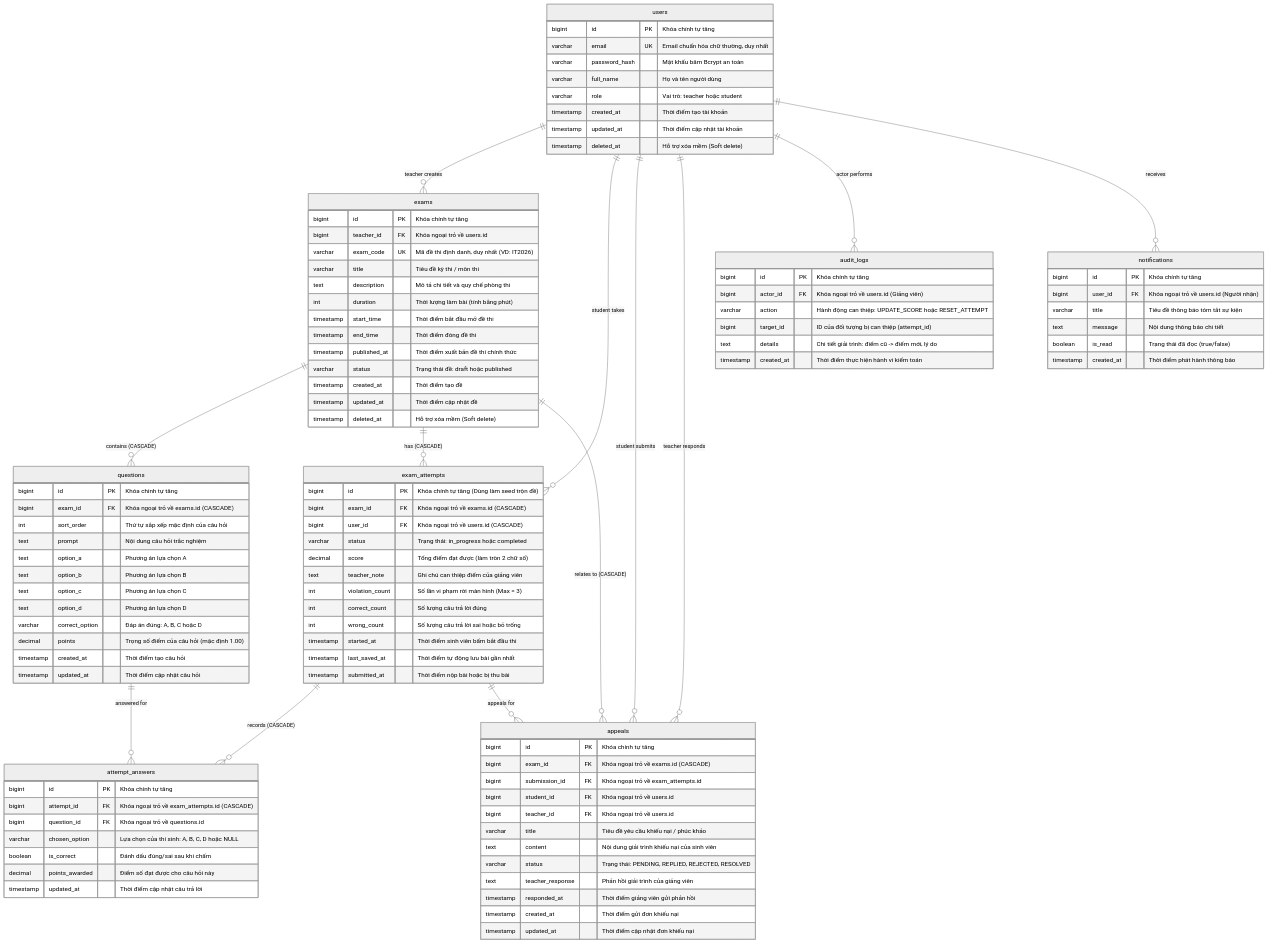
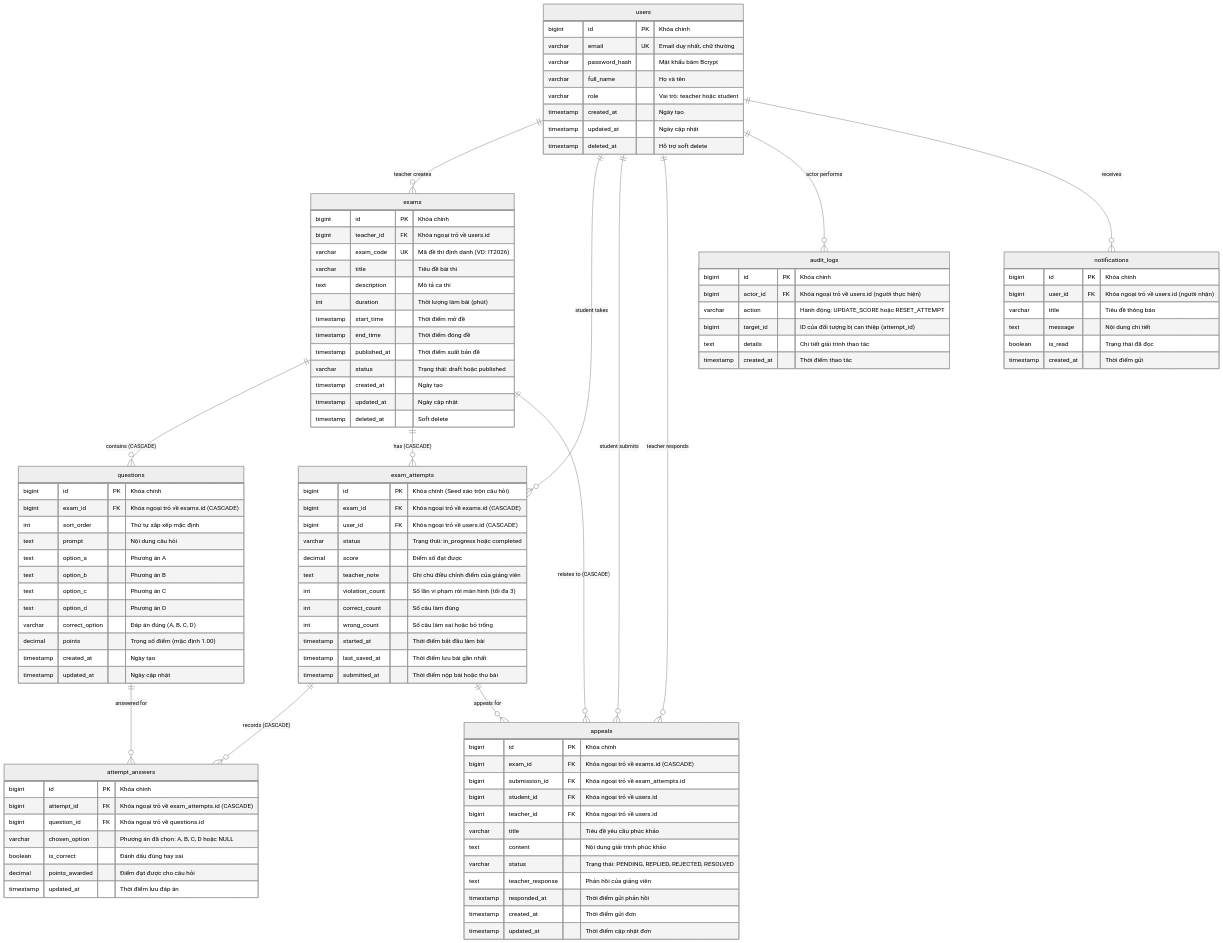
The first of 8 diagrams in ARCHITECTURE_AND_REPORT.md (NguenDung/exam-system-mvp), drawn with Mermaid (neutral theme) before and after one commit. The commit also changed other lines of this file and 22 other files, not shown here.

````diff
--- a/ARCHITECTURE_AND_REPORT.md
+++ b/ARCHITECTURE_AND_REPORT.md
@@ -93,102 +93,102 @@
     questions ||--o{ attempt_answers : "answered for"
 
     users {
-        bigint id PK "Khóa chính tự tăng"
-        varchar email UK "Email chuẩn hóa chữ thường, duy nhất"
-        varchar password_hash "Mật khẩu băm Bcrypt an toàn"
-        varchar full_name "Họ và tên người dùng"
+        bigint id PK "Khóa chính"
+        varchar email UK "Email duy nhất, chữ thường"
+        varchar password_hash "Mật khẩu băm Bcrypt"
+        varchar full_name "Họ và tên"
         varchar role "Vai trò: teacher hoặc student"
-        timestamp created_at "Thời điểm tạo tài khoản"
-        timestamp updated_at "Thời điểm cập nhật tài khoản"
-        timestamp deleted_at "Hỗ trợ xóa mềm (Soft delete)"
+        timestamp created_at "Ngày tạo"
+        timestamp updated_at "Ngày cập nhật"
+        timestamp deleted_at "Hỗ trợ soft delete"
     }
 
     exams {
-        bigint id PK "Khóa chính tự tăng"
+        bigint id PK "Khóa chính"
         bigint teacher_id FK "Khóa ngoại trỏ về users.id"
-        varchar exam_code UK "Mã đề thi định danh, duy nhất (VD: IT2026)"
-        varchar title "Tiêu đề kỳ thi / môn thi"
-        text description "Mô tả chi tiết và quy chế phòng thi"
-        int duration "Thời lượng làm bài (tính bằng phút)"
-        timestamp start_time "Thời điểm bắt đầu mở đề thi"
-        timestamp end_time "Thời điểm đóng đề thi"
-        timestamp published_at "Thời điểm xuất bản đề thi chính thức"
-        varchar status "Trạng thái đề: draft hoặc published"
-        timestamp created_at "Thời điểm tạo đề"
-        timestamp updated_at "Thời điểm cập nhật đề"
-        timestamp deleted_at "Hỗ trợ xóa mềm (Soft delete)"
+        varchar exam_code UK "Mã đề thi định danh (VD: IT2026)"
+        varchar title "Tiêu đề bài thi"
+        text description "Mô tả ca thi"
+        int duration "Thời lượng làm bài (phút)"
+        timestamp start_time "Thời điểm mở đề"
+        timestamp end_time "Thời điểm đóng đề"
+        timestamp published_at "Thời điểm xuất bản đề"
+        varchar status "Trạng thái: draft hoặc published"
+        timestamp created_at "Ngày tạo"
+        timestamp updated_at "Ngày cập nhật"
+        timestamp deleted_at "Soft delete"
     }
 
     questions {
-        bigint id PK "Khóa chính tự tăng"
+        bigint id PK "Khóa chính"
         bigint exam_id FK "Khóa ngoại trỏ về exams.id (CASCADE)"
-        int sort_order "Thứ tự sắp xếp mặc định của câu hỏi"
-        text prompt "Nội dung câu hỏi trắc nghiệm"
-        text option_a "Phương án lựa chọn A"
-        text option_b "Phương án lựa chọn B"
-        text option_c "Phương án lựa chọn C"
-        text option_d "Phương án lựa chọn D"
-        varchar correct_option "Đáp án đúng: A, B, C hoặc D"
-        decimal points "Trọng số điểm của câu hỏi (mặc định 1.00)"
-        timestamp created_at "Thời điểm tạo câu hỏi"
-        timestamp updated_at "Thời điểm cập nhật câu hỏi"
+        int sort_order "Thứ tự sắp xếp mặc định"
+        text prompt "Nội dung câu hỏi"
+        text option_a "Phương án A"
+        text option_b "Phương án B"
+        text option_c "Phương án C"
+        text option_d "Phương án D"
+        varchar correct_option "Đáp án đúng (A, B, C, D)"
+        decimal points "Trọng số điểm (mặc định 1.00)"
+        timestamp created_at "Ngày tạo"
+        timestamp updated_at "Ngày cập nhật"
     }
 
     exam_attempts {
-        bigint id PK "Khóa chính tự tăng (Dùng làm seed trộn đề)"
+        bigint id PK "Khóa chính (Seed xáo trộn câu hỏi)"
         bigint exam_id FK "Khóa ngoại trỏ về exams.id (CASCADE)"
         bigint user_id FK "Khóa ngoại trỏ về users.id (CASCADE)"
         varchar status "Trạng thái: in_progress hoặc completed"
-        decimal score "Tổng điểm đạt được (làm tròn 2 chữ số)"
-        text teacher_note "Ghi chú can thiệp điểm của giảng viên"
-        int violation_count "Số lần vi phạm rời màn hình (Max = 3)"
-        int correct_count "Số lượng câu trả lời đúng"
-        int wrong_count "Số lượng câu trả lời sai hoặc bỏ trống"
-        timestamp started_at "Thời điểm sinh viên bấm bắt đầu thi"
-        timestamp last_saved_at "Thời điểm tự động lưu bài gần nhất"
-        timestamp submitted_at "Thời điểm nộp bài hoặc bị thu bài"
+        decimal score "Điểm số đạt được"
+        text teacher_note "Ghi chú điều chỉnh điểm của giảng viên"
+        int violation_count "Số lần vi phạm rời màn hình (tối đa 3)"
+        int correct_count "Số câu làm đúng"
+        int wrong_count "Số câu làm sai hoặc bỏ trống"
+        timestamp started_at "Thời điểm bắt đầu làm bài"
+        timestamp last_saved_at "Thời điểm lưu bài gần nhất"
+        timestamp submitted_at "Thời điểm nộp bài hoặc thu bài"
     }
 
     attempt_answers {
-        bigint id PK "Khóa chính tự tăng"
+        bigint id PK "Khóa chính"
         bigint attempt_id FK "Khóa ngoại trỏ về exam_attempts.id (CASCADE)"
         bigint question_id FK "Khóa ngoại trỏ về questions.id"
-        varchar chosen_option "Lựa chọn của thí sinh: A, B, C, D hoặc NULL"
-        boolean is_correct "Đánh dấu đúng/sai sau khi chấm"
-        decimal points_awarded "Điểm số đạt được cho câu hỏi này"
-        timestamp updated_at "Thời điểm cập nhật câu trả lời"
+        varchar chosen_option "Phương án đã chọn: A, B, C, D hoặc NULL"
+        boolean is_correct "Đánh dấu đúng hay sai"
+        decimal points_awarded "Điểm đạt được cho câu hỏi"
+        timestamp updated_at "Thời điểm lưu đáp án"
     }
 
     appeals {
-        bigint id PK "Khóa chính tự tăng"
+        bigint id PK "Khóa chính"
         bigint exam_id FK "Khóa ngoại trỏ về exams.id (CASCADE)"
         bigint submission_id FK "Khóa ngoại trỏ về exam_attempts.id"
         bigint student_id FK "Khóa ngoại trỏ về users.id"
         bigint teacher_id FK "Khóa ngoại trỏ về users.id"
-        varchar title "Tiêu đề yêu cầu khiếu nại / phúc khảo"
-        text content "Nội dung giải trình khiếu nại của sinh viên"
+        varchar title "Tiêu đề yêu cầu phúc khảo"
+        text content "Nội dung giải trình phúc khảo"
         varchar status "Trạng thái: PENDING, REPLIED, REJECTED, RESOLVED"
-        text teacher_response "Phản hồi giải trình của giảng viên"
-        timestamp responded_at "Thời điểm giảng viên gửi phản hồi"
-        timestamp created_at "Thời điểm gửi đơn khiếu nại"
-        timestamp updated_at "Thời điểm cập nhật đơn khiếu nại"
+        text teacher_response "Phản hồi của giảng viên"
+        timestamp responded_at "Thời điểm gửi phản hồi"
+        timestamp created_at "Thời điểm gửi đơn"
+        timestamp updated_at "Thời điểm cập nhật đơn"
     }
 
     audit_logs {
-        bigint id PK "Khóa chính tự tăng"
-        bigint actor_id FK "Khóa ngoại trỏ về users.id (Giảng viên)"
-        varchar action "Hành động can thiệp: UPDATE_SCORE hoặc RESET_ATTEMPT"
+        bigint id PK "Khóa chính"
+        bigint actor_id FK "Khóa ngoại trỏ về users.id (người thực hiện)"
+        varchar action "Hành động: UPDATE_SCORE hoặc RESET_ATTEMPT"
         bigint target_id "ID của đối tượng bị can thiệp (attempt_id)"
-        text details "Chi tiết giải trình: điểm cũ -> điểm mới, lý do"
-        timestamp created_at "Thời điểm thực hiện hành vi kiểm toán"
+        text details "Chi tiết giải trình thao tác"
+        timestamp created_at "Thời điểm thao tác"
     }
 
     notifications {
-        bigint id PK "Khóa chính tự tăng"
-        bigint user_id FK "Khóa ngoại trỏ về users.id (Người nhận)"
-        varchar title "Tiêu đề thông báo tóm tắt sự kiện"
-        text message "Nội dung thông báo chi tiết"
-        boolean is_read "Trạng thái đã đọc (true/false)"
-        timestamp created_at "Thời điểm phát hành thông báo"
+        bigint id PK "Khóa chính"
+        bigint user_id FK "Khóa ngoại trỏ về users.id (người nhận)"
+        varchar title "Tiêu đề thông báo"
+        text message "Nội dung chi tiết"
+        boolean is_read "Trạng thái đã đọc"
+        timestamp created_at "Thời điểm gửi"
     }
 ```
````
